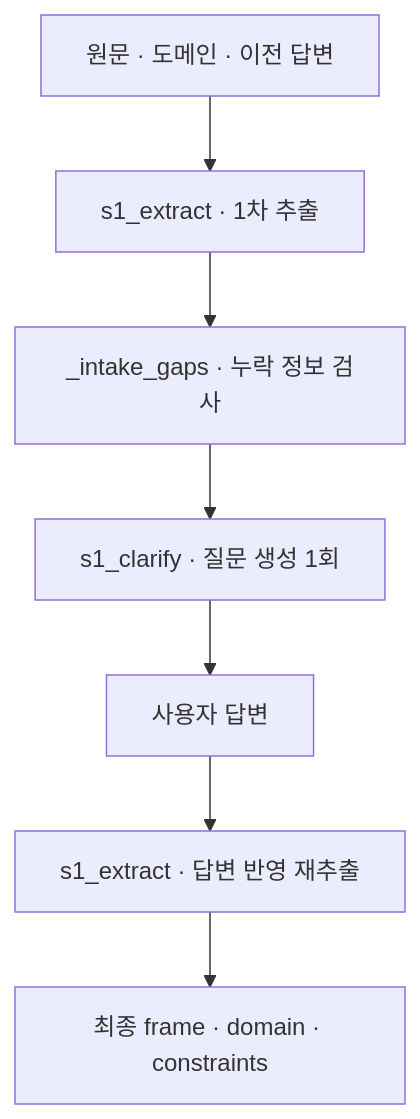
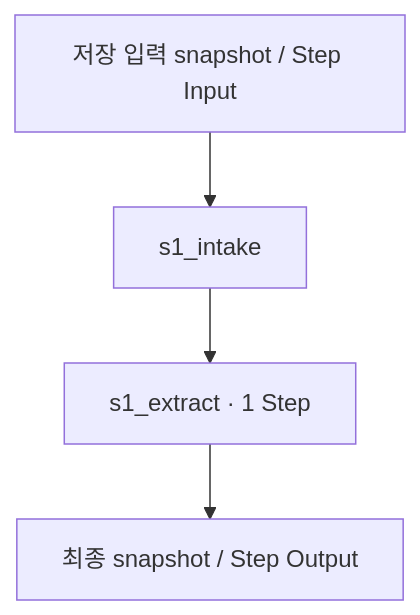
Before and after one commit to equipment0226/triz_backend: the diagram in docs/sample-data/rotation-serial-latest/stages/03-s1-intake.md, drawn with Mermaid. The commit also changed other lines of this file and 1606 other files, not shown here.

````diff
--- a/docs/sample-data/rotation-serial-latest/stages/03-s1-intake.md
+++ b/docs/sample-data/rotation-serial-latest/stages/03-s1-intake.md
@@ -9,9 +11,6 @@
 ```mermaid
 flowchart TD
-    I["원문 · 도메인 · 이전 답변"] --> E1["s1_extract · 1차 추출"]
-    E1 --> G["_intake_gaps · 누락 정보 검사"]
-    G --> Q["s1_clarify · 질문 생성 1회"]
-    Q --> H["사용자 답변"]
-    H --> E2["s1_extract · 답변 반영 재추출"]
-    E2 --> O["최종 frame · domain · constraints"]
+    I["저장 입력 snapshot / Step Input"] --> S["s1_intake"]
+    S --> P0["s1_extract · 1 Step"]
+    P0 --> O["최종 snapshot / Step Output"]
 ```
````
